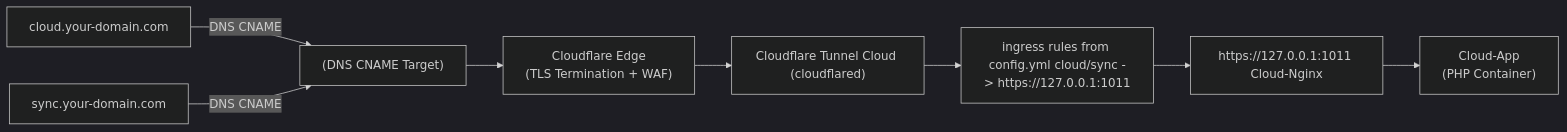
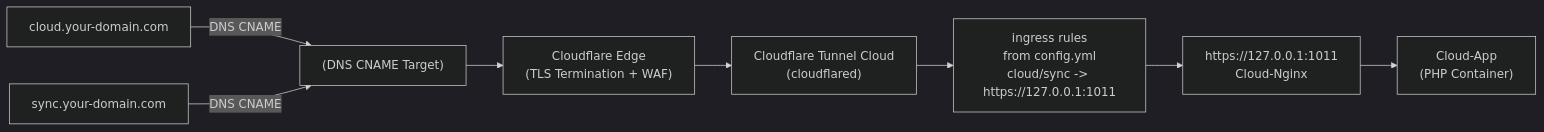
One commit to JoZapf/Zero-Trust-Selfhosted-Cloud-Multi-Layer-Edge-to-Origin-Security-Flow-Defense-Architecture changed the diagram in README.md. Above: the diagram before and after it, drawn with Mermaid.

````diff
--- a/README.md
+++ b/README.md
@@ -80,23 +80,23 @@
 ```mermaid
 %%{init: {'theme': 'dark'}}%%
 flowchart LR
     C1["cloud.your-domain.com"]
     C2["sync.your-domain.com"]
 
     CNAME["<tunnel-id<br>(DNS CNAME Target)"]
     EDGE["Cloudflare Edge<br>(TLS Termination + WAF)"]
-    TUNNEL["Cloudflare Tunnel Cloud (cloudflared)"]
-    INGRESS["ingress rules from config.yml cloud/sync -> https://127.0.0.1:1011"]
-    ORIGIN["https://127.0.0.1:1011 Cloud-Nginx"]
+    TUNNEL["Cloudflare Tunnel Cloud<br>(cloudflared)"]
+    INGRESS["ingress rules<br>from config.yml<br>cloud/sync -> https://127.0.0.1:1011"]
+    ORIGIN["https://127.0.0.1:1011<br>Cloud-Nginx"]
     APP["Cloud-App<br>(PHP Container)"]
 
     C1 -->|DNS CNAME| CNAME
     C2 -->|DNS CNAME| CNAME
 
     CNAME --> EDGE
     EDGE --> TUNNEL
     TUNNEL --> INGRESS
     INGRESS --> ORIGIN
     ORIGIN --> APP
 
 ```
````
